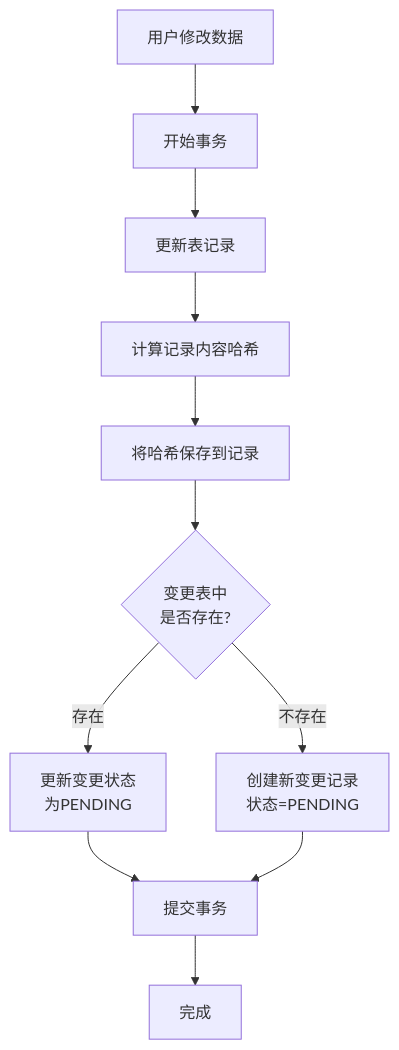
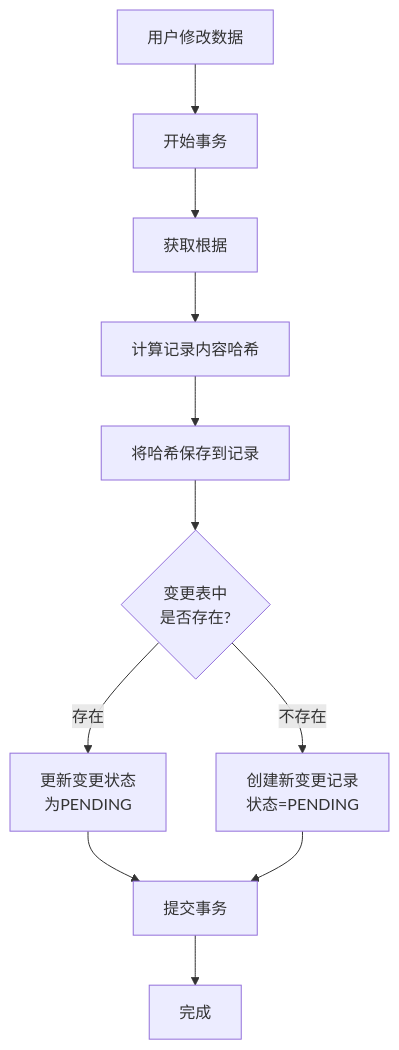
Before and after one commit to yingjianzh/iodraw-files: the diagram in all/未命名-42.md, drawn with Mermaid.

Commit message:
2025-04-24 15:26:27 update

````diff
--- a/all/未命名-42.md
+++ b/all/未命名-42.md
@@ -1,15 +1,15 @@
 ```mermaid
 flowchart TD
     Start[用户修改数据] --> StartTransaction[开始事务]
-    StartTransaction --> UpdateRecord[更新表记录]
+    StartTransaction --> UpdateRecord[获取根据]
     UpdateRecord --> ComputeHash[计算记录内容哈希]
     ComputeHash --> SaveHash[将哈希保存到记录]
     
     SaveHash --> CheckChangeExists{变更表中\n是否存在?}
     CheckChangeExists -- 存在 --> UpdateChange[更新变更状态\n为PENDING]
     CheckChangeExists -- 不存在 --> CreateChange[创建新变更记录\n状态=PENDING]
     
     UpdateChange --> CommitTransaction[提交事务]
     CreateChange --> CommitTransaction
     CommitTransaction --> End[完成]
 ```
````
